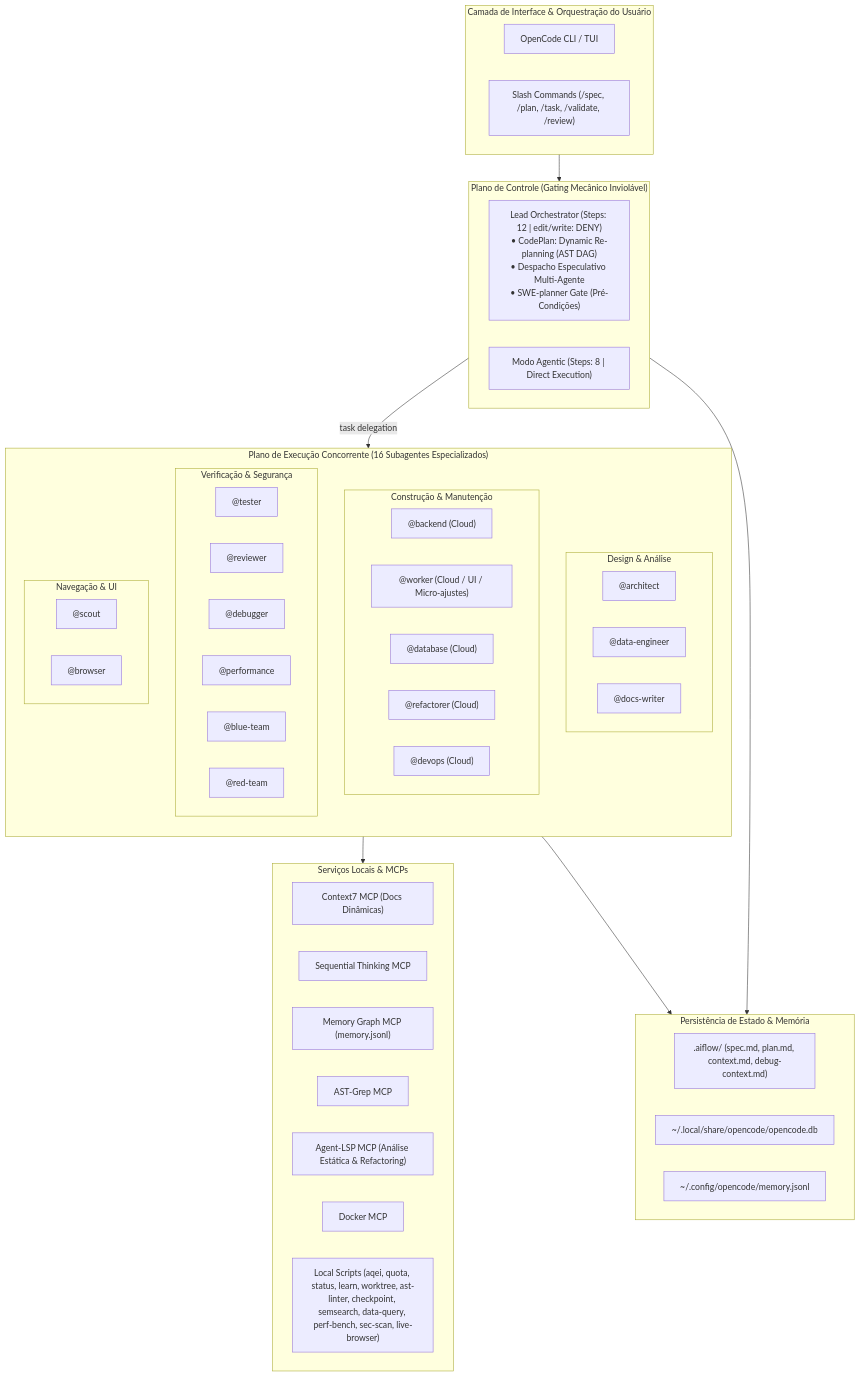
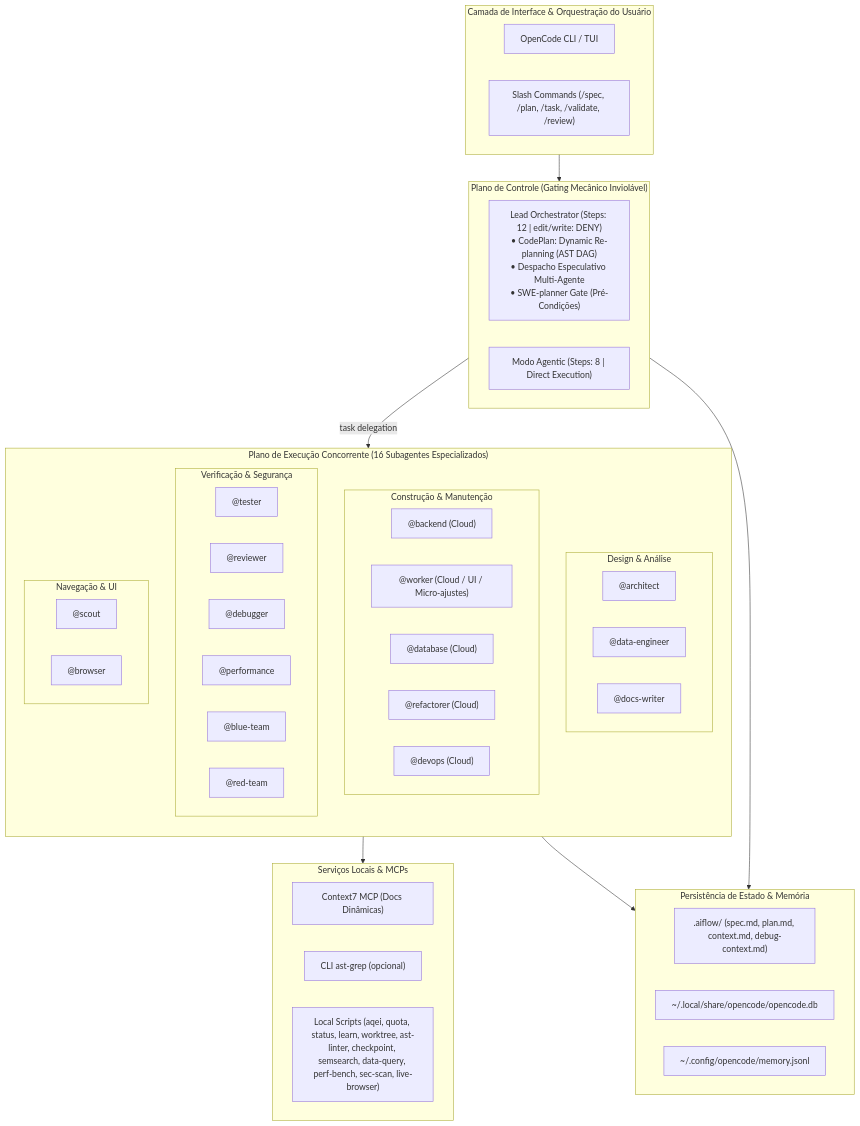
The diagram in opencode/.config/opencode/docs/README.md (Caio2a7/dotfiles), drawn with Mermaid before and after one commit. The commit also changed other lines of this file and 13 other files, not shown here.

````diff
--- a/opencode/.config/opencode/docs/README.md
+++ b/opencode/.config/opencode/docs/README.md
@@ -24,62 +24,58 @@
 ```mermaid
 flowchart TD
     subgraph UI_Layer["Camada de Interface & Orquestração do Usuário"]
         TUI["OpenCode CLI / TUI"]
         SlashCmds["Slash Commands (/spec, /plan, /task, /validate, /review)"]
     end
 
     subgraph Control_Plane["Plano de Controle (Gating Mecânico Inviolável)"]
         Orchestrator["Lead Orchestrator (Steps: 12 | edit/write: DENY)<br>• CodePlan: Dynamic Re-planning (AST DAG)<br>• Despacho Especulativo Multi-Agente<br>• SWE-planner Gate (Pré-Condições)"]
         Agentic["Modo Agentic (Steps: 8 | Direct Execution)"]
     end
 
     subgraph Subagents_Layer["Plano de Execução Concorrente (16 Subagentes Especializados)"]
         direction TB
         subgraph Group_Arch["Design & Análise"]
             Architect["@architect"]
             DataEng["@data-engineer"]
             DocsWriter["@docs-writer"]
         end
         subgraph Group_Impl["Construção & Manutenção"]
             Backend["@backend (Cloud)"]
             Worker["@worker (Cloud / UI / Micro-ajustes)"]
             Database["@database (Cloud)"]
             Refactorer["@refactorer (Cloud)"]
             DevOps["@devops (Cloud)"]
         end
         subgraph Group_Verif["Verificação & Segurança"]
             Tester["@tester"]
             Reviewer["@reviewer"]
             Debugger["@debugger"]
             Performance["@performance"]
             BlueTeam["@blue-team"]
             RedTeam["@red-team"]
         end
         subgraph Group_Nav["Navegação & UI"]
             Scout["@scout"]
             Browser["@browser"]
         end
     end
 
     subgraph Tooling_MCP["Serviços Locais & MCPs"]
         MCP_Context7["Context7 MCP (Docs Dinâmicas)"]
-        MCP_SeqThink["Sequential Thinking MCP"]
-        MCP_Memory["Memory Graph MCP (memory.jsonl)"]
-        MCP_AST["AST-Grep MCP"]
-        MCP_LSP["Agent-LSP MCP (Análise Estática & Refactoring)"]
-        MCP_Docker["Docker MCP"]
+        MCP_AST["CLI ast-grep (opcional)"]
         Scripts_Suite["Local Scripts (aqei, quota, status, learn, worktree, ast-linter, checkpoint, semsearch, data-query, perf-bench, sec-scan, live-browser)"]
     end
 
     subgraph State_Storage["Persistência de Estado & Memória"]
         AiflowDir[".aiflow/ (spec.md, plan.md, context.md, debug-context.md)"]
         SQLiteDB["~/.local/share/opencode/opencode.db"]
         MemGraph["~/.config/opencode/memory.jsonl"]
     end
 
     UI_Layer --> Control_Plane
     Control_Plane -->|task delegation| Subagents_Layer
     Subagents_Layer --> Tooling_MCP
     Subagents_Layer --> State_Storage
     Control_Plane --> State_Storage
 ```
````
